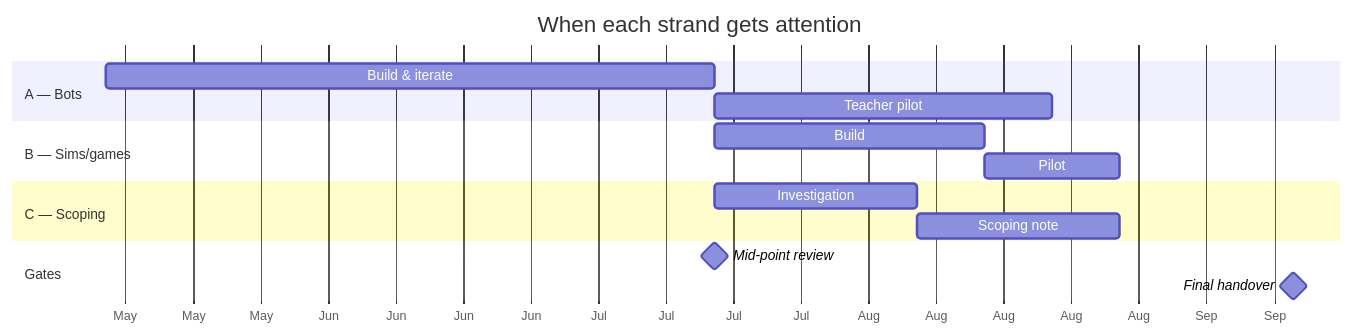
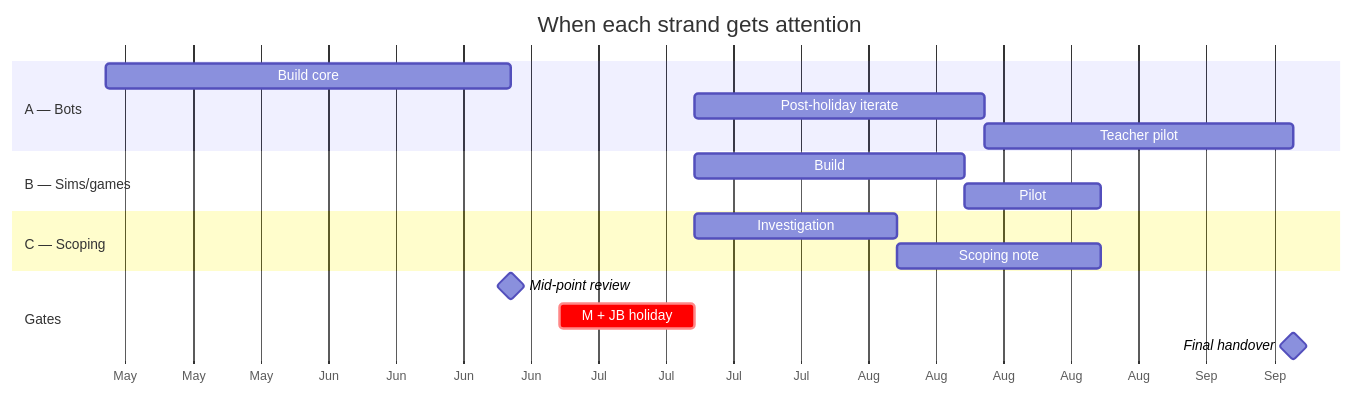
One commit to sunholo-data/aipla changed the first of 3 diagrams in strands.qmd. Above: the diagram before and after it, drawn with Mermaid. The commit also changed other lines of this file and 1 other file, not shown here.

Commit message:
Timeline correction: mid-point review moves to week 6 (pre-holiday)
JB confirmed both he and M are on holiday early-to-mid July. JB on
Danish summer break; M at Croatia workshop. The previous "week 9 mid-
point review before JB's summer holiday" framing was based on JB
holiday starting mid-July, which is wrong — it starts ~July 1.

Updated:
- Mid-point review: week 9 (~Jul 17) → week 6 (~Jun 26)
- Holiday window: ~Jul 1 – Jul 15 (assumed 2 weeks both; needs
  confirmation of exact dates)
- Strand B and Strand C kickoffs move from Jul 17 to Jul 15
- Post-holiday internal iteration extends Aug 14 (teacher pilot start)
- Phase shape table reflects the compressed pre-holiday build window
- Strands page Gantt + caption updated to match
- Risk markers updated: build phase is now 4 weeks pre-holiday, not 6;
  mid-point review must leave M with scope clarity AND JB with demo
  material to take into the break

Memory updated: "mid-July mid-point review" framing in older drafts
is obsolete.

````diff
--- a/strands.qmd
+++ b/strands.qmd
@@ -16,23 +16,25 @@
 ```{mermaid}
 gantt
     title When each strand gets attention
     dateFormat YYYY-MM-DD
     axisFormat %b
     todayMarker off
 
     section A — Bots
-    Build & iterate           :a1, 2026-05-15, 63d
-    Teacher pilot             :a2, after a1, 35d
+    Build core                :a1, 2026-05-15, 42d
+    Post-holiday iterate      :a2, 2026-07-15, 30d
+    Teacher pilot             :a3, 2026-08-14, 32d
 
     section B — Sims/games
-    Build                     :b1, 2026-07-17, 28d
+    Build                     :b1, 2026-07-15, 28d
     Pilot                     :b2, after b1, 14d
 
     section C — Scoping
-    Investigation             :c1, 2026-07-17, 21d
+    Investigation             :c1, 2026-07-15, 21d
     Scoping note              :c2, after c1, 21d
 
     section Gates
-    Mid-point review          :milestone, m1, 2026-07-17, 0d
+    Mid-point review          :milestone, m1, 2026-06-26, 0d
+    M + JB holiday            :crit, 2026-07-01, 14d
     Final handover            :milestone, m2, 2026-09-15, 0d
 ```
````
